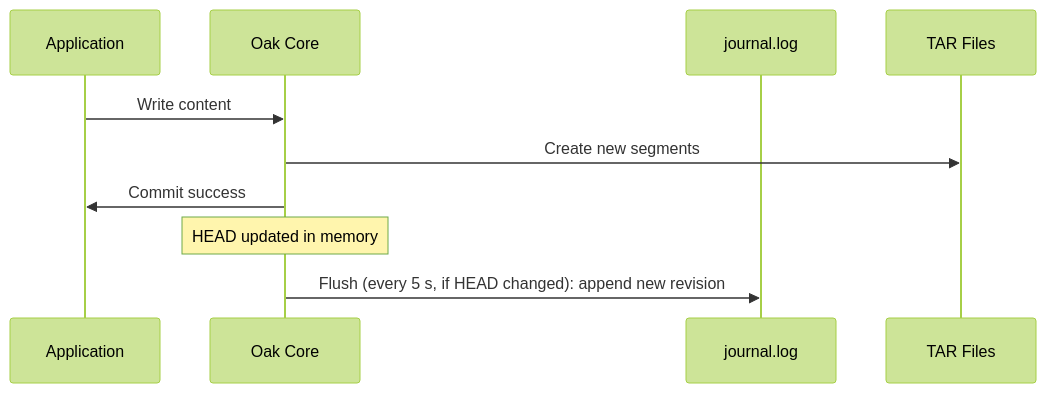
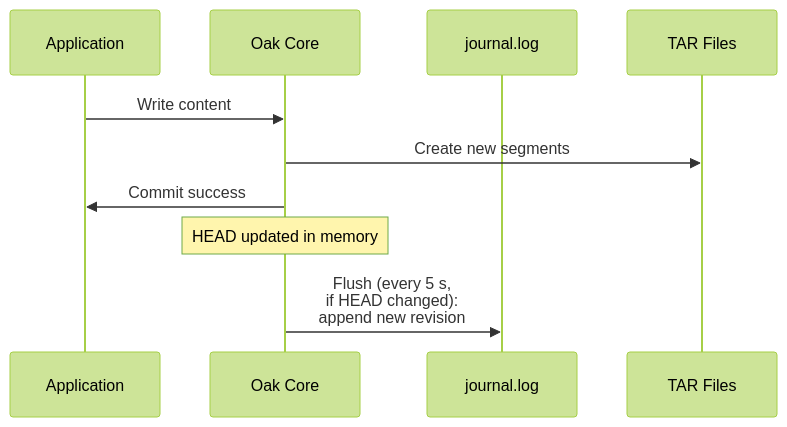
Before and after one commit to somarc/oak-magnum-oakus: the diagram in docs/architecture/journal.md, drawn with Mermaid (forest theme). The commit also changed 24 other files, not shown here.

````diff
--- a/docs/architecture/journal.md
+++ b/docs/architecture/journal.md
@@ -38,13 +38,13 @@
 ```mermaid
 sequenceDiagram
     participant App as Application
     participant Oak as Oak Core
     participant Journal as journal.log
     participant TAR as TAR Files
     
     App->>Oak: Write content
     Oak->>TAR: Create new segments
     Oak->>App: Commit success
     Note over Oak: HEAD updated in memory
-    Oak->>Journal: Flush (every 5 s, if HEAD changed): append new revision
+    Oak->>Journal: Flush (every 5 s,<br/>if HEAD changed):<br/>append new revision
 ```
````
